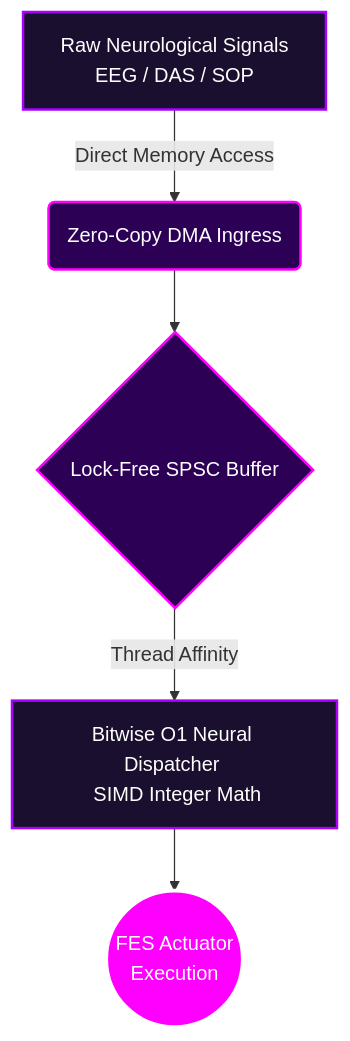
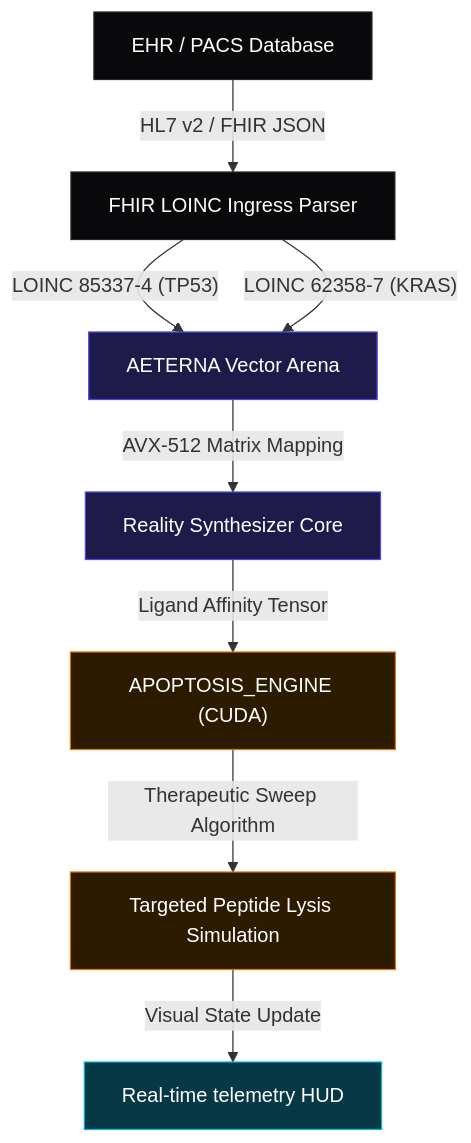
The first of 2 diagrams in README.md (papica777-eng/VIRTUAL-HUMAN-TWIN), drawn with Mermaid before and after one commit. The commit also changed other lines of this file, not shown here.

Commit message:
docs: Restore original AETERNA-VHT oncology README and twin illustrations

````diff
--- a/README.md
+++ b/README.md
@@ -23,13 +42,23 @@
 ```mermaid
 graph TD
-    A[Raw Neurological Signals <br/> EEG / DAS / SOP] -->|Direct Memory Access| B(Zero-Copy DMA Ingress)
-    B --> C{Lock-Free SPSC Buffer}
-    C -->|Thread Affinity| D[Bitwise O1 Neural Dispatcher <br/> SIMD Integer Math]
-    D --> E((FES Actuator <br/> Execution))
+    %% Define Nodes
+    A["EHR / PACS Database"] -->|"HL7 v2 / FHIR JSON"| B["FHIR LOINC Ingress Parser"]
+    B -->|"LOINC 85337-4 (TP53)"| C["AETERNA Vector Arena"]
+    B -->|"LOINC 62358-7 (KRAS)"| C
     
-    style A fill:#1a0f2e,stroke:#aa00ff,stroke-width:2px,color:#fff
-    style B fill:#2b0055,stroke:#ff00ff,stroke-width:2px,color:#fff
-    style C fill:#2b0055,stroke:#ff00ff,stroke-width:2px,color:#fff
-    style D fill:#1a0f2e,stroke:#aa00ff,stroke-width:2px,color:#fff
-    style E fill:#ff00ff,stroke:#fff,stroke-width:3px,color:#fff
+    C -->|"AVX-512 Matrix Mapping"| D["Reality Synthesizer Core"]
+    D -->|"Ligand Affinity Tensor"| E["APOPTOSIS_ENGINE (CUDA)"]
+    
+    E -->|"Therapeutic Sweep Algorithm"| F["Targeted Peptide Lysis Simulation"]
+    F -->|"Visual State Update"| G["Real-time telemetry HUD"]
+    
+    %% Styling
+    classDef default fill:#09090b,stroke:#27272a,color:#fff;
+    classDef highlight fill:#1e1b4b,stroke:#4f46e5,color:#fff;
+    classDef amber fill:#2d1b00,stroke:#d97706,color:#fff;
+    classDef cyan fill:#063945,stroke:#06b6d4,color:#fff;
+    
+    class C,D highlight;
+    class E,F amber;
+    class G cyan;
 ```
````
